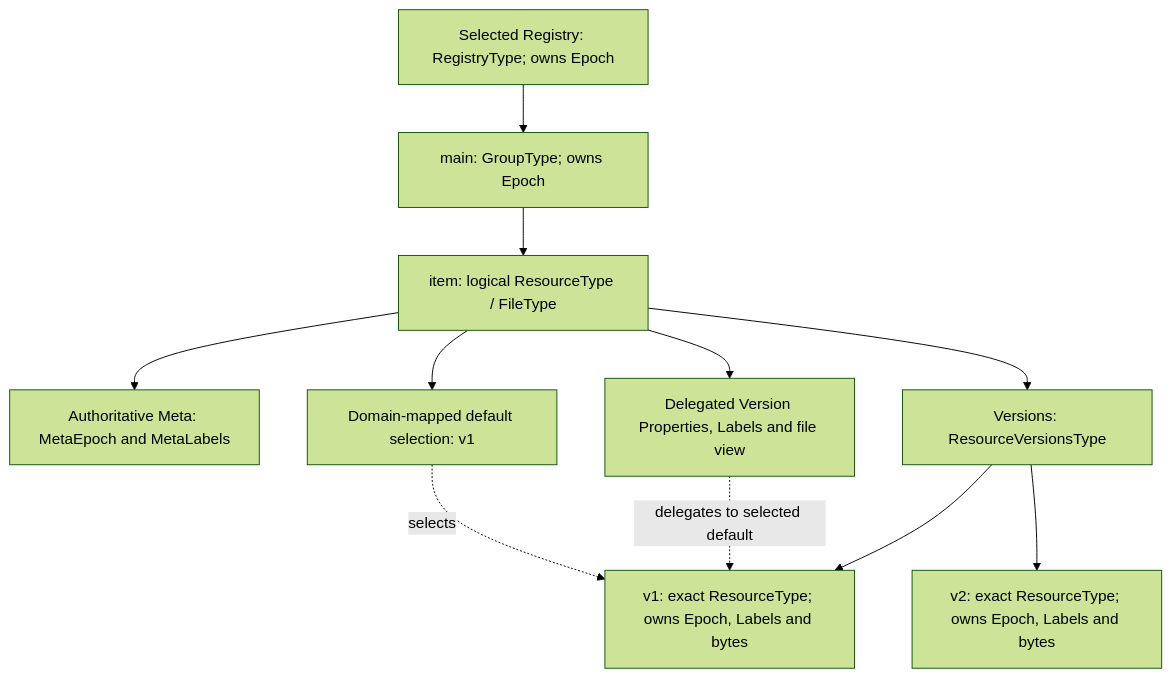
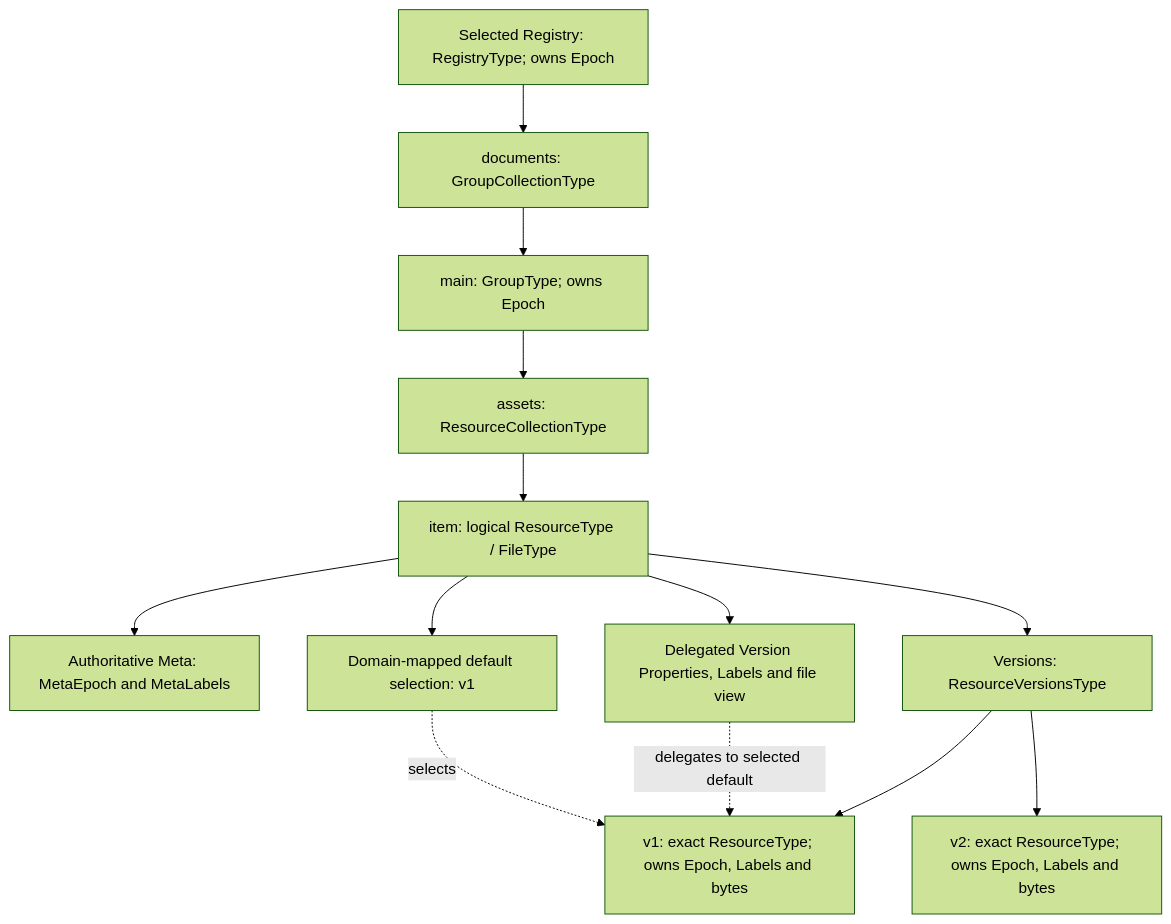
The diagram in workingdrafts/bindings/opcua.md (xregistry/spec), drawn with Mermaid (forest theme) before and after one commit. The commit also changed other lines of this file and 5 other files, not shown here.

````diff
--- a/workingdrafts/bindings/opcua.md
+++ b/workingdrafts/bindings/opcua.md
@@ -331,13 +333,15 @@
 ```mermaid
 flowchart TD
-    Registry["Selected Registry: RegistryType; owns Epoch"] --> Group["main: GroupType; owns Epoch"]
-    Group --> Resource["item: logical ResourceType / FileType"]
+    Registry["Selected Registry: RegistryType; owns Epoch"] --> Groups["documents: GroupCollectionType"]
+    Groups --> Group["main: GroupType; owns Epoch"]
+    Group --> Resources["assets: ResourceCollectionType"]
+    Resources --> Resource["item: logical ResourceType / FileType"]
     Resource --> Meta["Authoritative Meta: MetaEpoch and MetaLabels"]
     Resource --> Selector["Domain-mapped default selection: v1"]
     Resource --> View["Delegated Version Properties, Labels and file view"]
     Resource --> Versions["Versions: ResourceVersionsType"]
     Versions --> V1["v1: exact ResourceType; owns Epoch, Labels and bytes"]
     Versions --> V2["v2: exact ResourceType; owns Epoch, Labels and bytes"]
     Selector -. "selects" .-> V1
     View -. "delegates to selected default" .-> V1
 ```
````
